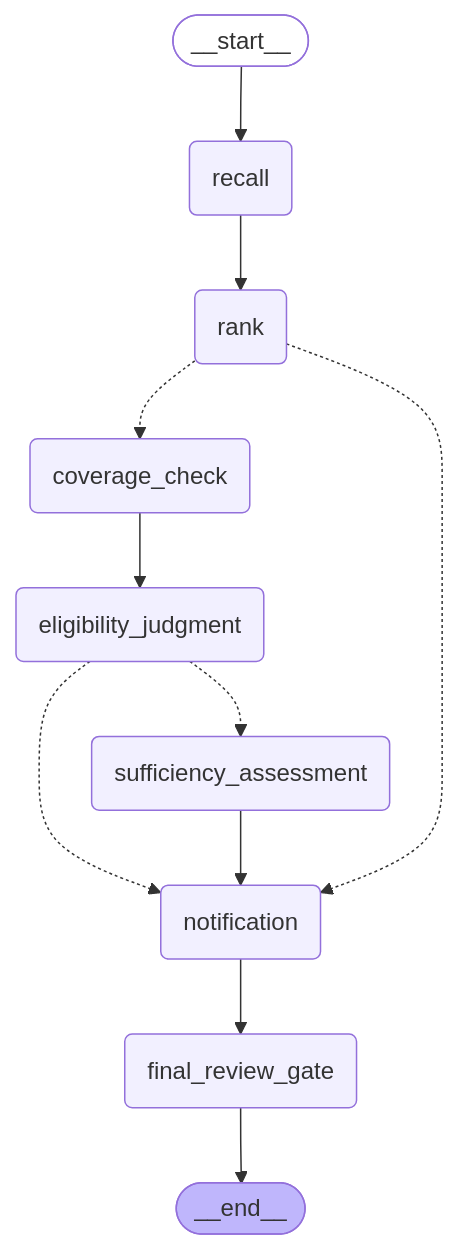
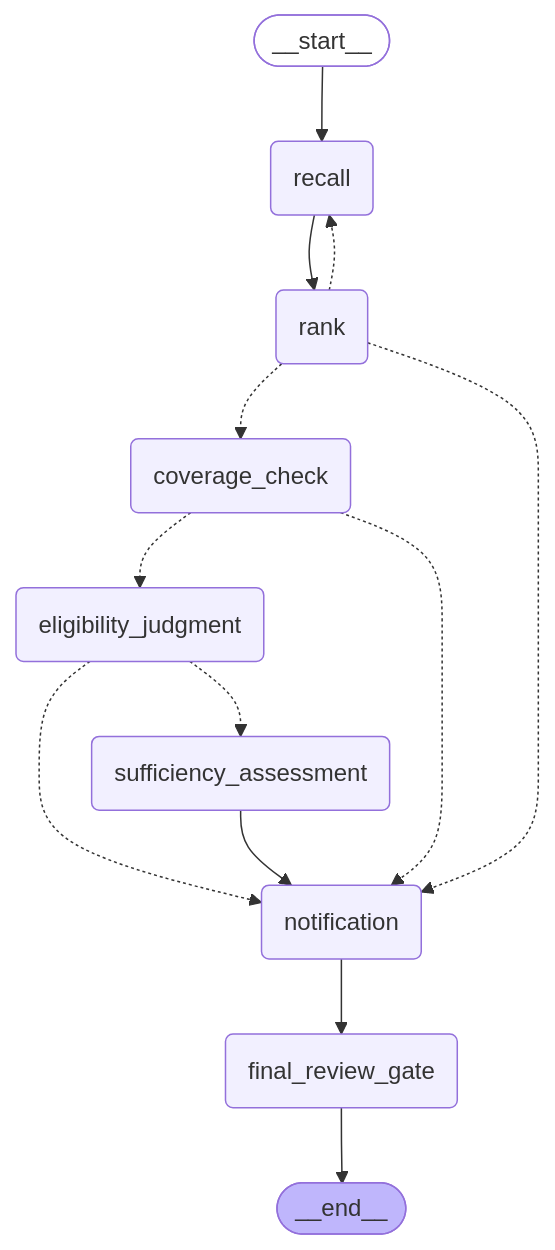
Before and after one commit to suhaskarnik/ins-agent: the diagram in ARCHITECTURE.md, drawn with Mermaid. The commit also changed other lines of this file and 13 other files, not shown here.

````diff
--- a/ARCHITECTURE.md
+++ b/ARCHITECTURE.md
@@ -9,25 +9,27 @@
 ```mermaid
 graph TD;
 	__start__([<p>__start__</p>]):::first
 	recall(recall)
 	rank(rank)
 	coverage_check(coverage_check)
 	eligibility_judgment(eligibility_judgment)
 	sufficiency_assessment(sufficiency_assessment)
 	notification(notification)
 	final_review_gate(final_review_gate)
 	__end__([<p>__end__</p>]):::last
 	__start__ --> recall;
-	coverage_check --> eligibility_judgment;
+	coverage_check -.-> eligibility_judgment;
+	coverage_check -.-> notification;
 	eligibility_judgment -.-> notification;
 	eligibility_judgment -.-> sufficiency_assessment;
 	notification --> final_review_gate;
 	rank -.-> coverage_check;
 	rank -.-> notification;
+	rank -.-> recall;
 	recall --> rank;
 	sufficiency_assessment --> notification;
 	final_review_gate --> __end__;
 	classDef default fill:#f2f0ff,line-height:1.2
 	classDef first fill-opacity:0
 	classDef last fill:#bfb6fc
 ```
````
